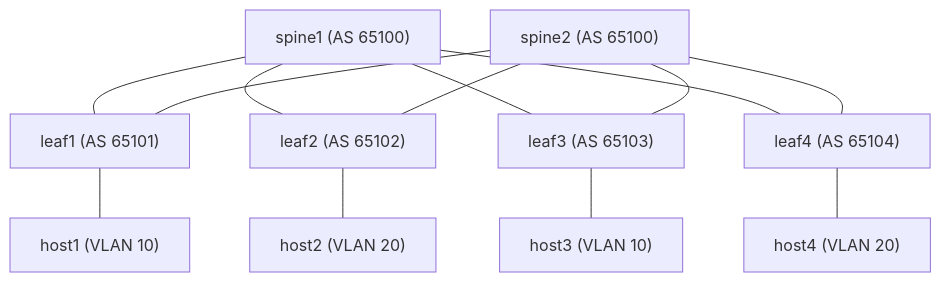
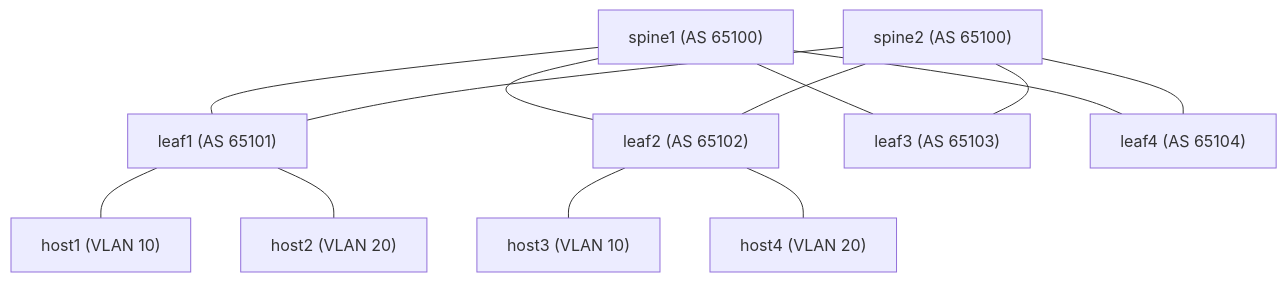
The diagram in arista-containerlab/README.md (Silas2323/fabric-chaos-sentry), drawn with Mermaid before and after one commit. The commit also changed other lines of this file and 1 other file, not shown here.

````diff
--- a/arista-containerlab/README.md
+++ b/arista-containerlab/README.md
@@ -13,15 +13,15 @@
 ```mermaid
 graph TD
     spine1["spine1 (AS 65100)"]
     spine2["spine2 (AS 65100)"]
     leaf1["leaf1 (AS 65101)"]
     leaf2["leaf2 (AS 65102)"]
     leaf3["leaf3 (AS 65103)"]
     leaf4["leaf4 (AS 65104)"]
     spine1 --- leaf1 & leaf2 & leaf3 & leaf4
     spine2 --- leaf1 & leaf2 & leaf3 & leaf4
     leaf1 --- host1["host1 (VLAN 10)"]
-    leaf2 --- host2["host2 (VLAN 20)"]
-    leaf3 --- host3["host3 (VLAN 10)"]
-    leaf4 --- host4["host4 (VLAN 20)"]
+    leaf1 --- host2["host2 (VLAN 20)"]
+    leaf2 --- host3["host3 (VLAN 10)"]
+    leaf2 --- host4["host4 (VLAN 20)"]
 ```
````
